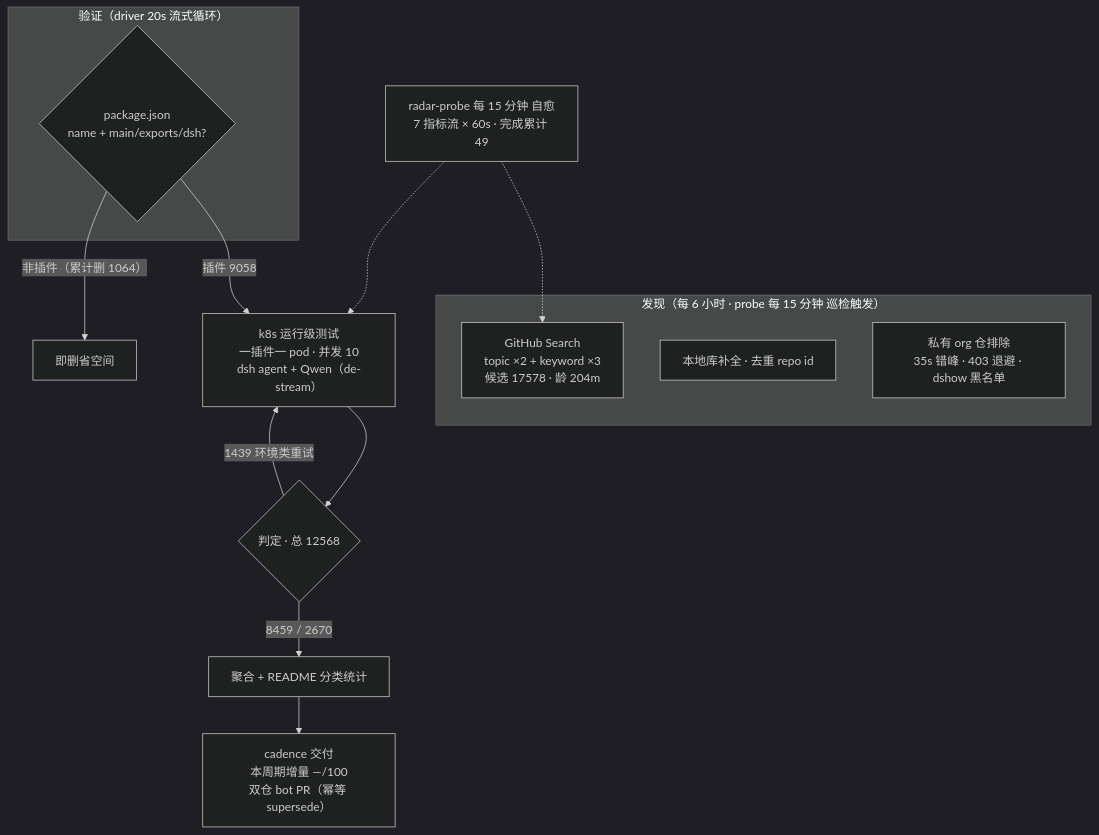
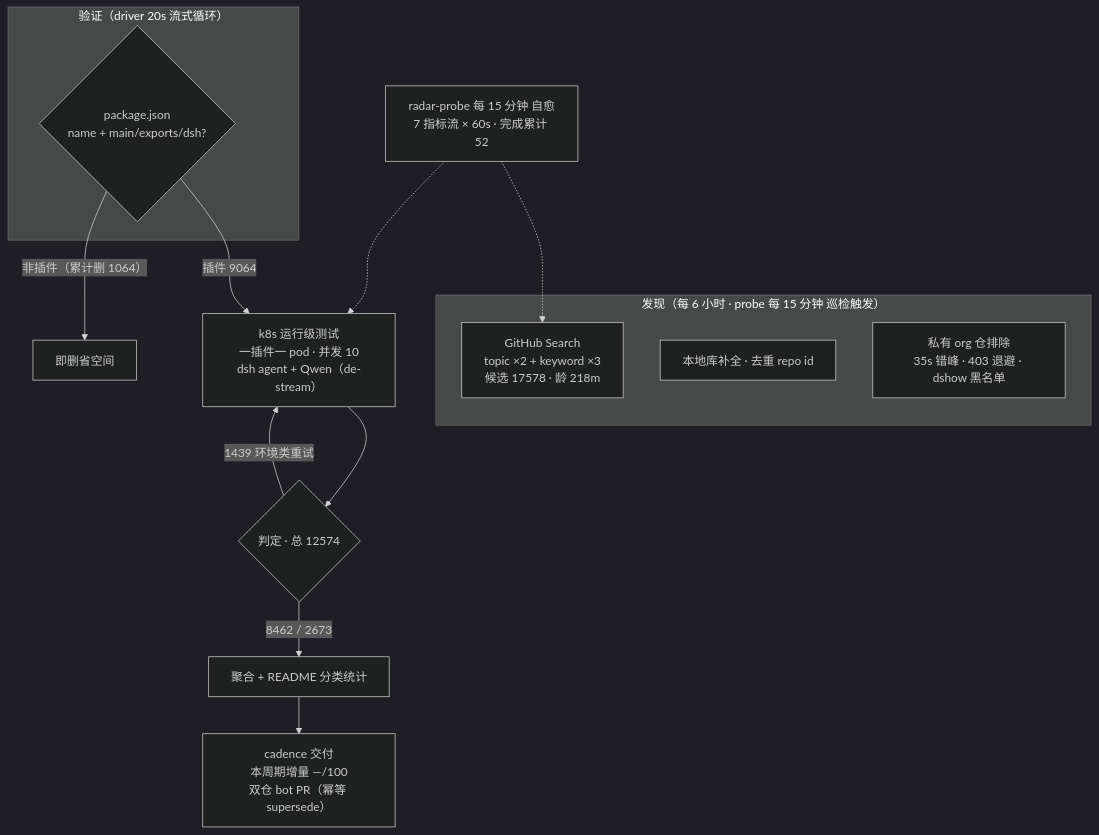
Before and after one commit to Zhidao-Lab-OSS/awesome-dsh-plugins: the diagram in README.md, drawn with Mermaid (dark theme). The commit also changed other lines of this file and 1 other file, not shown here.

````diff
--- a/README.md
+++ b/README.md
@@ -52,20 +52,20 @@
 ```mermaid
 flowchart TB
     subgraph Discovery["发现（每 6 小时 · probe 每 15 分钟 巡检触发）"]
-        A1["GitHub Search<br/>topic ×2 + keyword ×3<br/>候选 17578 · 龄 204m"]
+        A1["GitHub Search<br/>topic ×2 + keyword ×3<br/>候选 17578 · 龄 218m"]
         A2["本地库补全 · 去重 repo id"]
         A3["私有 org 仓排除<br/>35s 错峰 · 403 退避 · dshow 黑名单"]
     end
     subgraph Validation["验证（driver 20s 流式循环）"]
         B1{"package.json<br/>name + main/exports/dsh?"}
     end
-    B1 -->|"插件 9058"| C1["k8s 运行级测试<br/>一插件一 pod · 并发 10<br/>dsh agent + Qwen（de-stream）"]
+    B1 -->|"插件 9064"| C1["k8s 运行级测试<br/>一插件一 pod · 并发 10<br/>dsh agent + Qwen（de-stream）"]
     B1 -->|"非插件（累计删 1064）"| B3["即删省空间"]
-    C1 --> D1{"判定 · 总 12568"}
-    D1 -->|"8459 / 2670"| E1["聚合 + README 分类统计"]
+    C1 --> D1{"判定 · 总 12574"}
+    D1 -->|"8462 / 2673"| E1["聚合 + README 分类统计"]
     D1 -->|"1439 环境类重试"| C1
     E1 --> E2["cadence 交付<br/>本周期增量 —/100<br/>双仓 bot PR（幂等 supersede）"]
-    M["radar-probe 每 15 分钟 自愈<br/>7 指标流 × 60s · 完成累计 49"]
+    M["radar-probe 每 15 分钟 自愈<br/>7 指标流 × 60s · 完成累计 52"]
     M -.-> A1
     M -.-> C1
 ```
````
